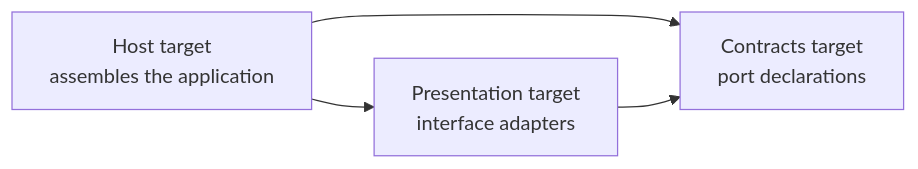
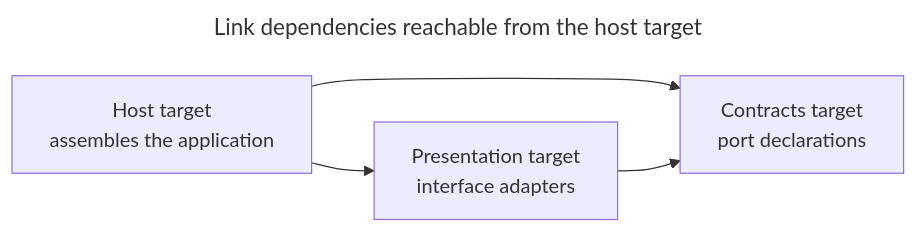
Before and after one commit to Leckatall/KovaaksStatisticsViewer: the third of 4 diagrams in docs/conventions/architecture-description/style/diagrams.md, drawn with Mermaid. The commit also changed other lines of this file and 1 other file, not shown here.

Commit message:
docs: require diagram titles and notation-only keys

````diff
--- a/docs/conventions/architecture-description/style/diagrams.md
+++ b/docs/conventions/architecture-description/style/diagrams.md
@@ -169,8 +193,11 @@
 ```mermaid
+---
+title: Link dependencies reachable from the host target
+---
 flowchart LR
-    accTitle: Selected build target dependencies
+    accTitle: Link dependencies reachable from the host target
     accDescr: The host target links presentation and contracts, and the presentation target also links contracts.
     Host["Host target<br/>assembles the application"] --> Presentation["Presentation target<br/>interface adapters"]
     Host --> Contracts["Contracts target<br/>port declarations"]
     Presentation --> Contracts
 ```
````
